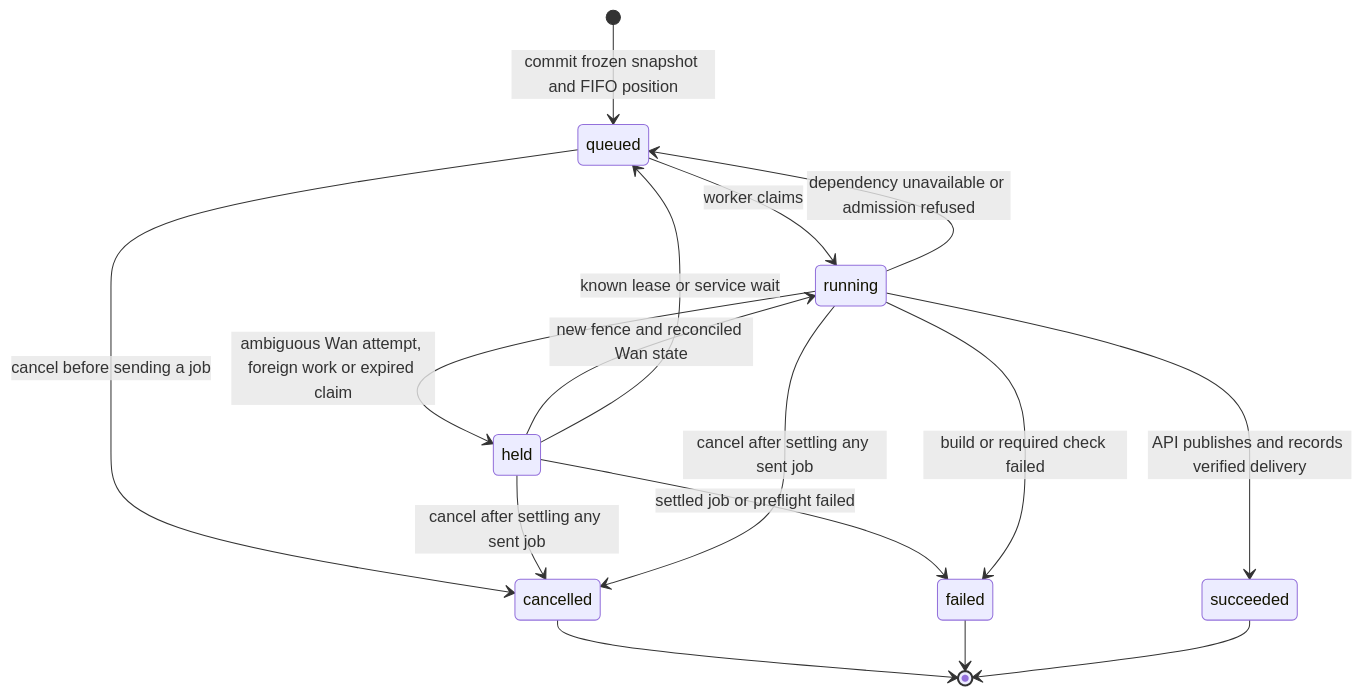
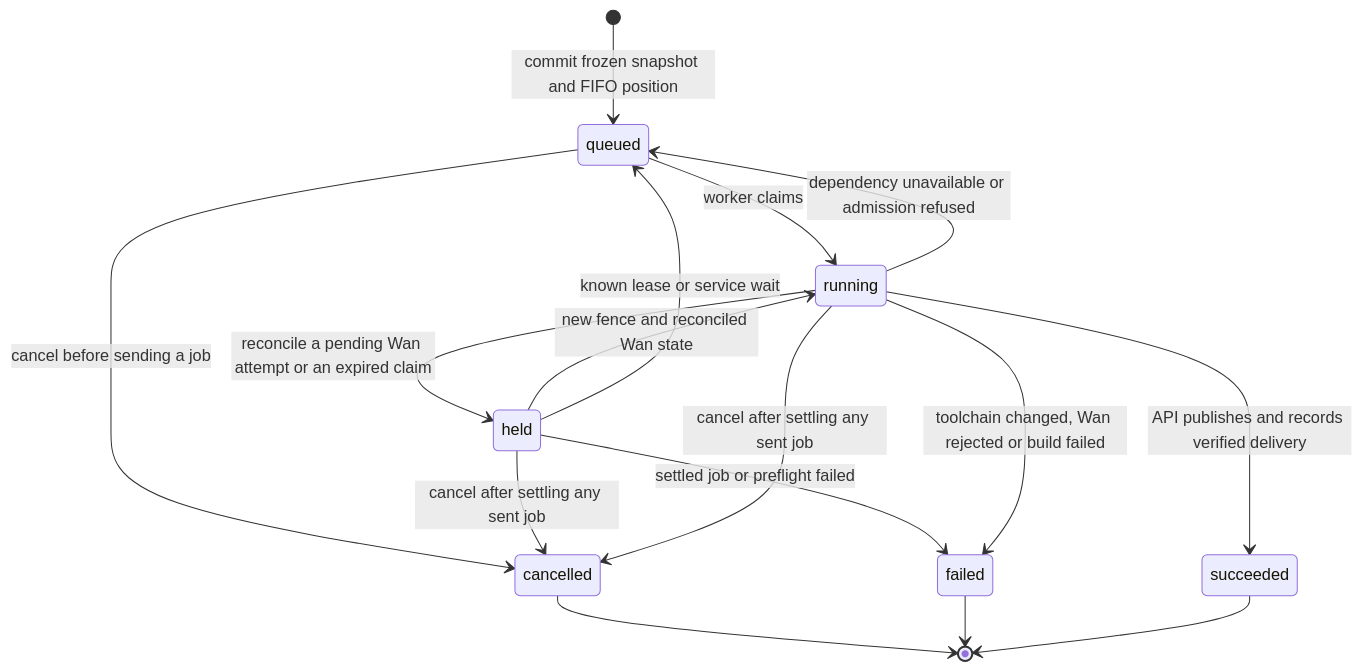
The first of 2 diagrams in docs/reference/run-queue.md (thaynes43/haynes-studio), drawn with Mermaid before and after one commit. The commit also changed other lines of this file and 13 other files, not shown here.

````diff
--- a/docs/reference/run-queue.md
+++ b/docs/reference/run-queue.md
@@ -87,18 +89,18 @@
 ```mermaid
 stateDiagram-v2
     [*] --> queued: commit frozen snapshot and FIFO position
     queued --> running: worker claims
     queued --> cancelled: cancel before sending a job
     running --> queued: dependency unavailable or admission refused
-    running --> held: ambiguous Wan attempt, foreign work or expired claim
+    running --> held: reconcile a pending Wan attempt or an expired claim
     held --> running: new fence and reconciled Wan state
     held --> queued: known lease or service wait
     held --> cancelled: cancel after settling any sent job
     held --> failed: settled job or preflight failed
     running --> cancelled: cancel after settling any sent job
-    running --> failed: build or required check failed
+    running --> failed: toolchain changed, Wan rejected or build failed
     running --> succeeded: API publishes and records verified delivery
     cancelled --> [*]
     failed --> [*]
     succeeded --> [*]
 ```
````
